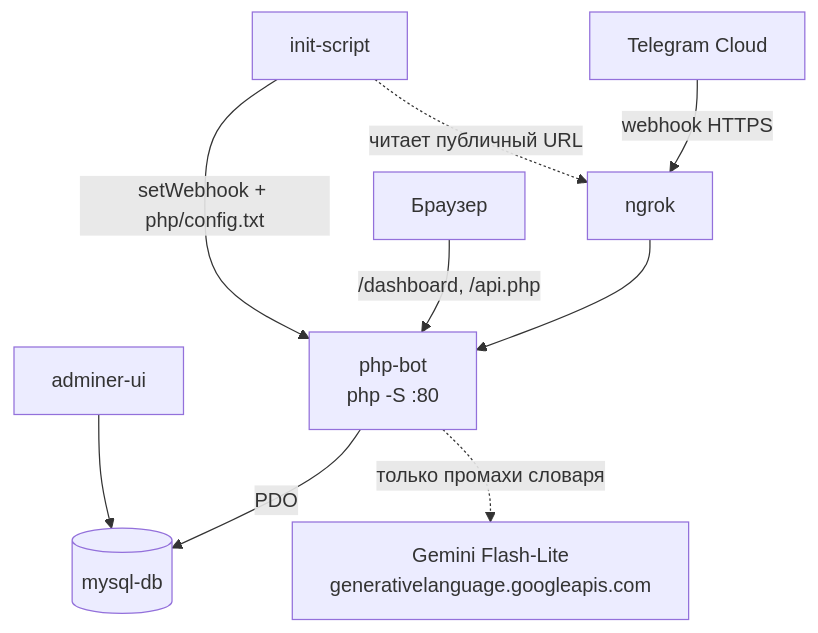
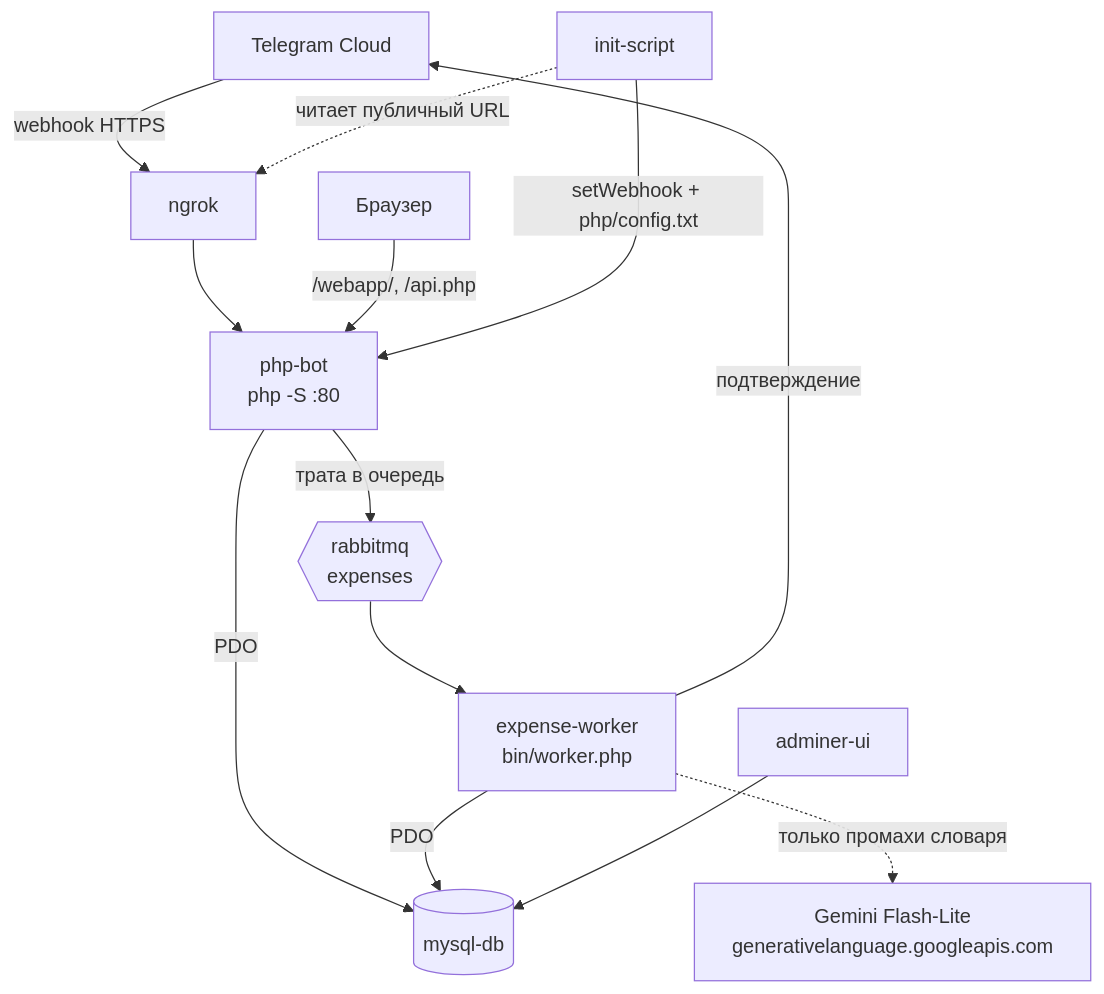
The diagram in README.md (Mikhail-Konyukhov/telegram-bot), drawn with Mermaid before and after one commit. The commit also changed other lines of this file and 22 other files, not shown here.

````diff
--- a/README.md
+++ b/README.md
@@ -20,11 +20,15 @@
 ```mermaid
 graph TD
     TG["Telegram Cloud"] -->|"webhook HTTPS"| NGROK["ngrok"]
     NGROK --> PHP["php-bot<br/>php -S :80"]
-    USER["Браузер"] -->|"/dashboard, /api.php"| PHP
+    USER["Браузер"] -->|"/webapp/, /api.php"| PHP
     PHP -->|"PDO"| DB[("mysql-db")]
-    PHP -.->|"только промахи словаря"| GEM["Gemini Flash-Lite<br/>generativelanguage.googleapis.com"]
+    PHP -->|"трата в очередь"| MQ{{"rabbitmq<br/>expenses"}}
+    MQ --> WRK["expense-worker<br/>bin/worker.php"]
+    WRK -->|"PDO"| DB
+    WRK -->|"подтверждение"| TG
+    WRK -.->|"только промахи словаря"| GEM["Gemini Flash-Lite<br/>generativelanguage.googleapis.com"]
     ADMINER["adminer-ui"] --> DB
     INIT["init-script"] -->|"setWebhook + php/config.txt"| PHP
     INIT -.->|"читает публичный URL"| NGROK
 ```
````
